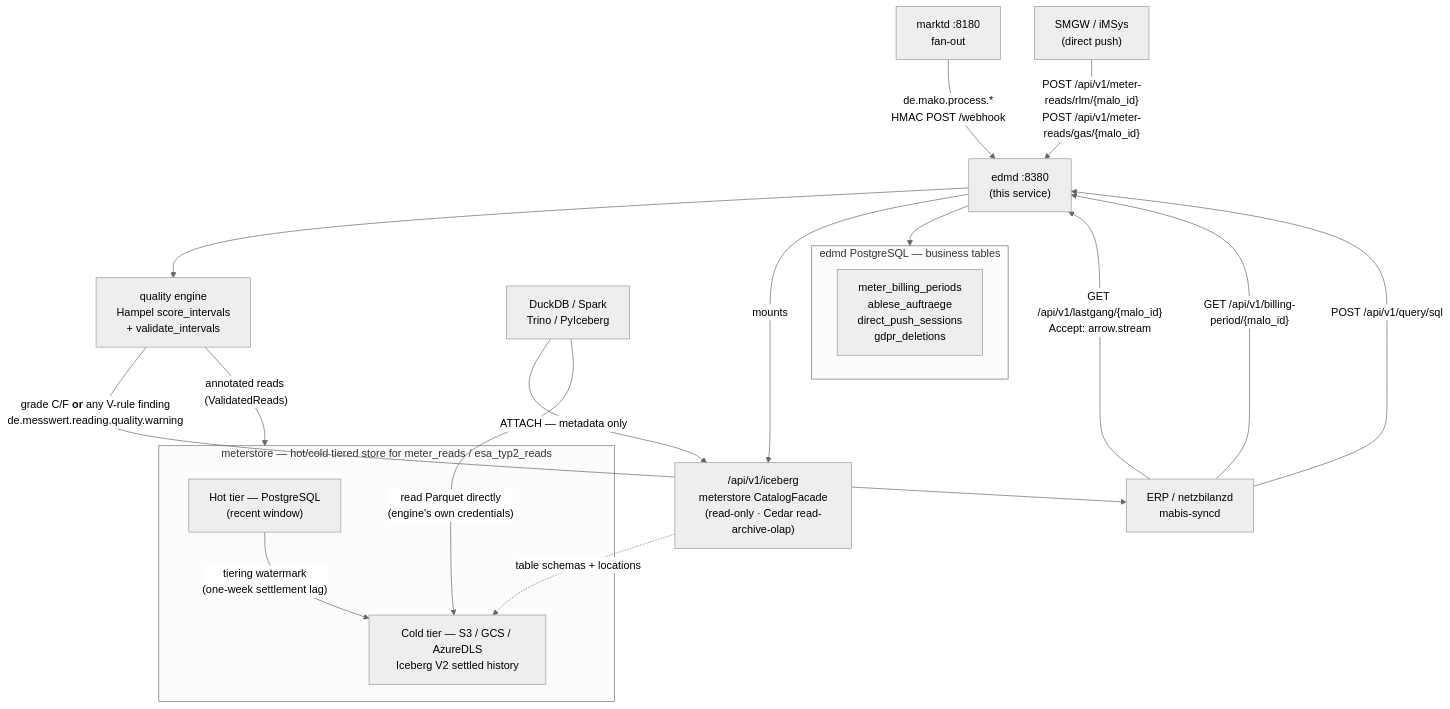
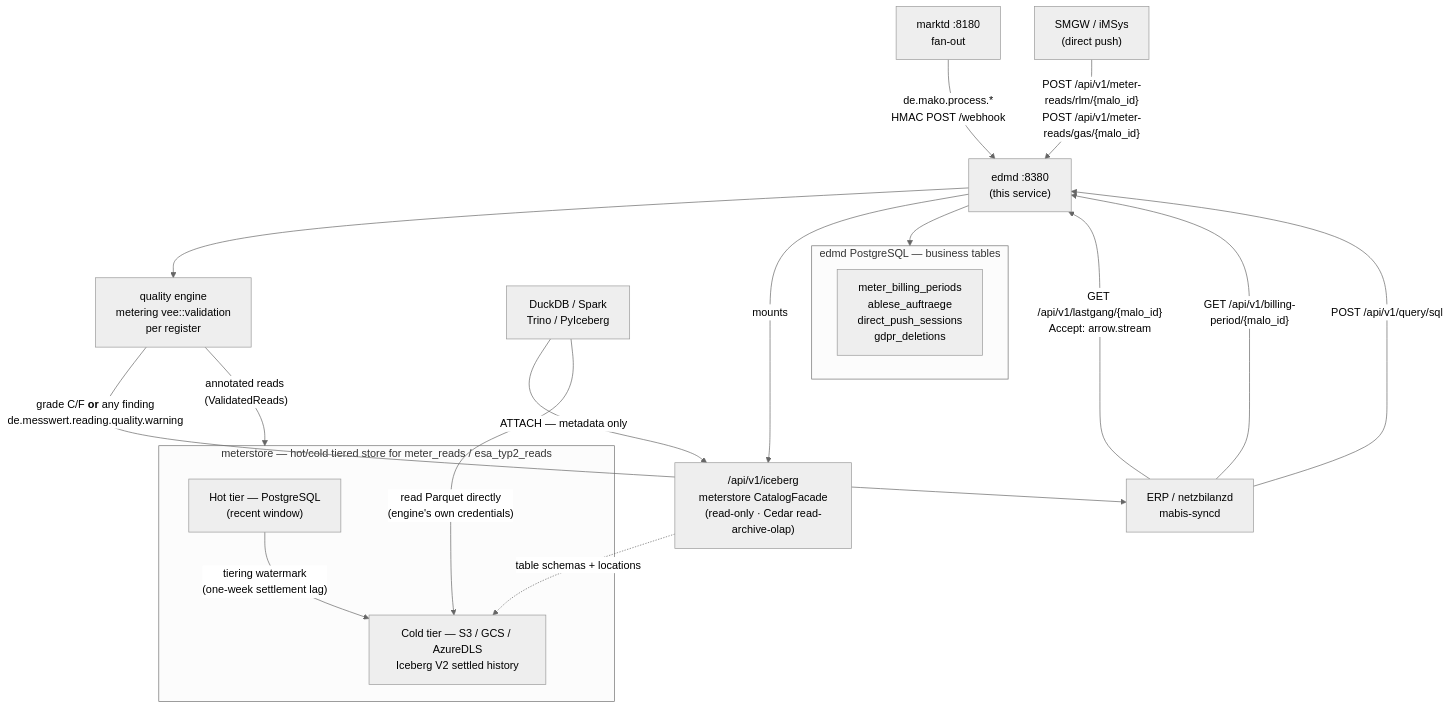
Before and after one commit to hupe1980/mako: the first of 2 diagrams in site/content/docs/services/edmd.md, drawn with Mermaid (neutral theme). The commit also changed other lines of this file and 67 other files, not shown here.

````diff
--- a/site/content/docs/services/edmd.md
+++ b/site/content/docs/services/edmd.md
@@ -67,35 +72,35 @@
 ```mermaid
 graph TB
     marktd["marktd :8180<br/>fan-out"]
     smgw["SMGW / iMSys<br/>(direct push)"]
     edmd["edmd :8380<br/>(this service)"]
 
     subgraph store["meterstore — hot/cold tiered store for meter_reads / esa_typ2_reads"]
         hot["Hot tier — PostgreSQL<br/>(recent window)"]
         cold["Cold tier — S3 / GCS / AzureDLS<br/>Iceberg V2 settled history"]
     end
 
     subgraph edmdpg["edmd PostgreSQL — business tables"]
         biz["meter_billing_periods<br/>ablese_auftraege<br/>direct_push_sessions<br/>gdpr_deletions"]
     end
 
     erp["ERP / netzbilanzd<br/>mabis-syncd"]
     duckdb["DuckDB / Spark<br/>Trino / PyIceberg"]
     catalog["/api/v1/iceberg<br/>meterstore CatalogFacade<br/>(read-only · Cedar read-archive-olap)"]
-    qa["quality engine<br/>Hampel score_intervals<br/>+ validate_intervals"]
+    qa["quality engine<br/>metering vee::validation<br/>per register"]
 
     marktd -->|"de.mako.process.* <br/>HMAC POST /webhook"| edmd
     smgw -->|"POST /api/v1/meter-reads/rlm/{malo_id}<br/>POST /api/v1/meter-reads/gas/{malo_id}"| edmd
     edmd --> qa
     qa -->|"annotated reads (ValidatedReads)"| store
-    qa -->|"grade C/F <b>or</b> any V-rule finding<br/>de.messwert.reading.quality.warning"| erp
+    qa -->|"grade C/F <b>or</b> any finding<br/>de.messwert.reading.quality.warning"| erp
     edmd --> edmdpg
     edmd -->|"mounts"| catalog
     catalog -.->|"table schemas + locations"| cold
     hot -->|"tiering watermark<br/>(one-week settlement lag)"| cold
     erp -->|"GET /api/v1/lastgang/{malo_id}<br/>Accept: arrow.stream"| edmd
     erp -->|"GET /api/v1/billing-period/{malo_id}"| edmd
     erp -->|"POST /api/v1/query/sql"| edmd
     duckdb -->|"ATTACH — metadata only"| catalog
     duckdb -->|"read Parquet directly<br/>(engine's own credentials)"| cold
 ```
````
